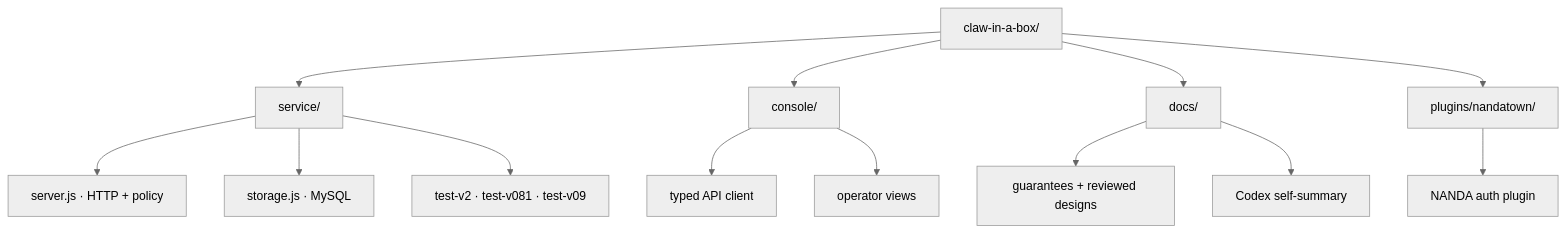
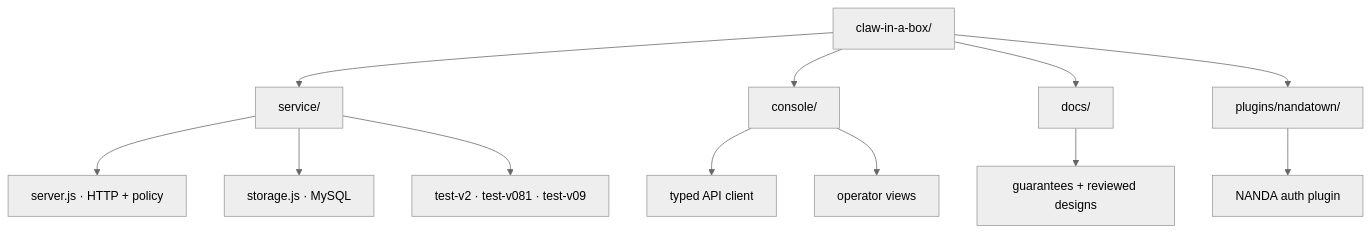
One commit to ckeda/claw-in-a-box changed the seventh of 7 diagrams in README.md. Above: the diagram before and after it, drawn with Mermaid (neutral theme). The commit also changed other lines of this file and 3 other files, not shown here.

````diff
--- a/README.md
+++ b/README.md
@@ -384,16 +384,15 @@
 ```mermaid
 graph TB
     Repo["claw-in-a-box/"]
     Repo --> Service["service/"]
     Repo --> ConsoleDir["console/"]
     Repo --> Docs["docs/"]
     Repo --> Plugin["plugins/nandatown/"]
     Service --> Server["server.js · HTTP + policy"]
     Service --> Storage["storage.js · MySQL"]
     Service --> Tests["test-v2 · test-v081 · test-v09"]
     ConsoleDir --> Client["typed API client"]
     ConsoleDir --> Pages["operator views"]
     Docs --> Guarantees["guarantees + reviewed designs"]
-    Docs --> Attribution["Codex self-summary"]
     Plugin --> NANDA["NANDA auth plugin"]
 ```
````
